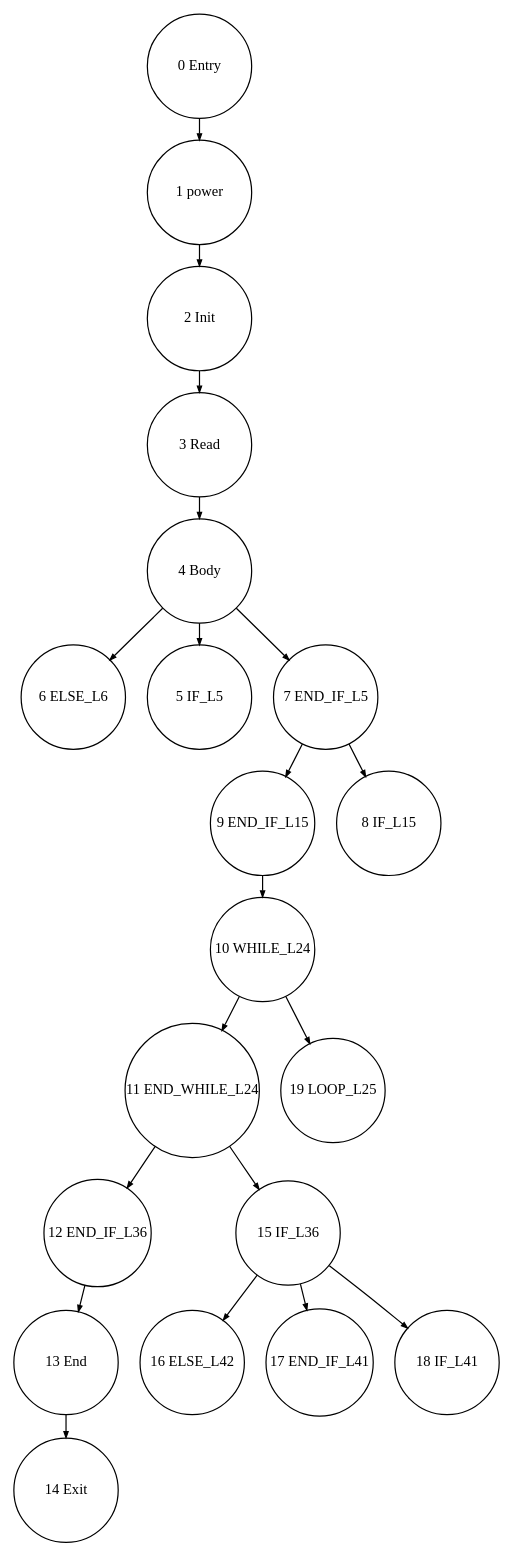
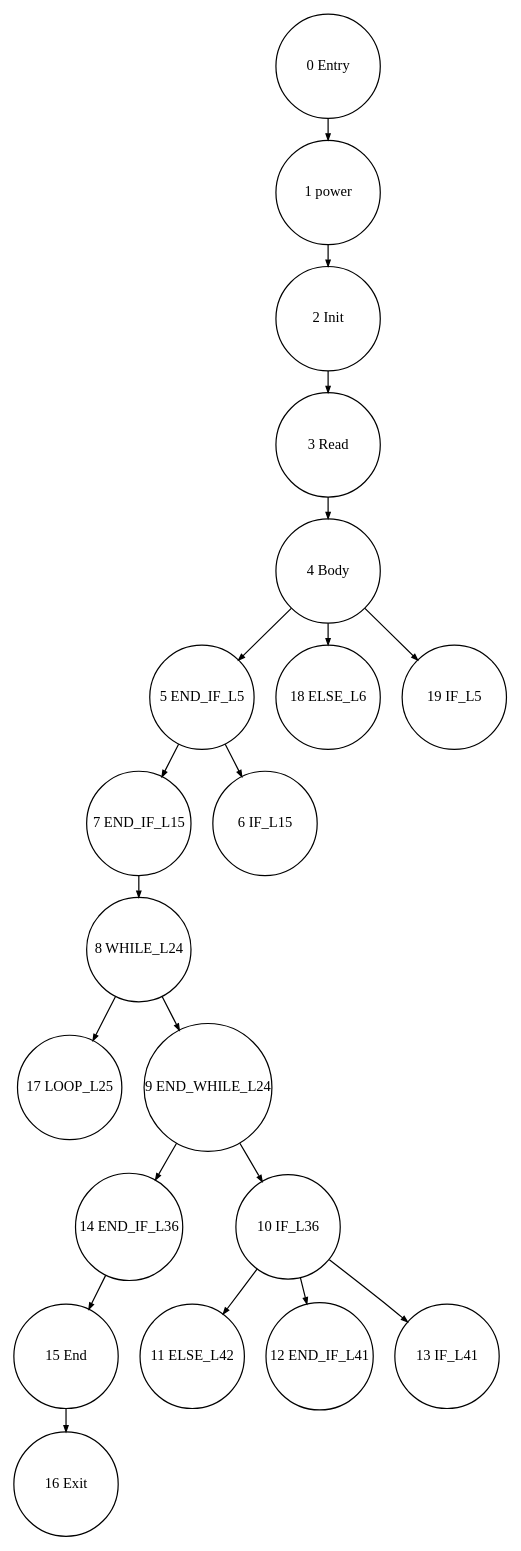
One commit to Geoffrey1014/ST_DSE changed the diagram in tests_programs/paper1_tests/power_output/Graph_DomTree_0.dot. Above: the diagram before and after it, drawn with Graphviz. The commit also changed 181 other files, not shown here.

```diff
--- a/tests_programs/paper1_tests/power_output/Graph_DomTree_0.dot
+++ b/tests_programs/paper1_tests/power_output/Graph_DomTree_0.dot
@@ -1,26 +1,26 @@
 digraph G {
   ranksep=.25;
   edge [arrowsize=.5]
   node [shape=circle, fontname="ArialNarrow",
         fontsize=12,  height=1.2];
-  "6 ELSE_L6"; "16 ELSE_L42"; "10 WHILE_L24"; "11 END_WHILE_L24"; "12 END_IF_L36"; "5 IF_L5"; "9 END_IF_L15"; "3 Read"; "7 END_IF_L5"; "2 Init"; "0 Entry"; "15 IF_L36"; "8 IF_L15"; "17 END_IF_L41"; "13 End"; "1 power"; "19 LOOP_L25"; "4 Body"; "14 Exit"; "18 IF_L41"; 
-  "10 WHILE_L24" -> "11 END_WHILE_L24";
-  "10 WHILE_L24" -> "19 LOOP_L25";
-  "11 END_WHILE_L24" -> "12 END_IF_L36";
-  "11 END_WHILE_L24" -> "15 IF_L36";
-  "12 END_IF_L36" -> "13 End";
-  "9 END_IF_L15" -> "10 WHILE_L24";
+  "5 END_IF_L5"; "16 Exit"; "8 WHILE_L24"; "0 Entry"; "7 END_IF_L15"; "2 Init"; "6 IF_L15"; "15 End"; "18 ELSE_L6"; "11 ELSE_L42"; "17 LOOP_L25"; "19 IF_L5"; "12 END_IF_L41"; "4 Body"; "13 IF_L41"; "14 END_IF_L36"; "3 Read"; "1 power"; "9 END_WHILE_L24"; "10 IF_L36"; 
+  "8 WHILE_L24" -> "9 END_WHILE_L24";
+  "8 WHILE_L24" -> "17 LOOP_L25";
+  "9 END_WHILE_L24" -> "10 IF_L36";
+  "9 END_WHILE_L24" -> "14 END_IF_L36";
+  "14 END_IF_L36" -> "15 End";
+  "7 END_IF_L15" -> "8 WHILE_L24";
   "3 Read" -> "4 Body";
-  "7 END_IF_L5" -> "8 IF_L15";
-  "7 END_IF_L5" -> "9 END_IF_L15";
+  "5 END_IF_L5" -> "6 IF_L15";
+  "5 END_IF_L5" -> "7 END_IF_L15";
+  "0 Entry" -> "1 power";
   "2 Init" -> "3 Read";
-  "0 Entry" -> "1 power";
-  "15 IF_L36" -> "16 ELSE_L42";
-  "15 IF_L36" -> "17 END_IF_L41";
-  "15 IF_L36" -> "18 IF_L41";
-  "13 End" -> "14 Exit";
+  "10 IF_L36" -> "11 ELSE_L42";
+  "10 IF_L36" -> "12 END_IF_L41";
+  "10 IF_L36" -> "13 IF_L41";
+  "15 End" -> "16 Exit";
   "1 power" -> "2 Init";
-  "4 Body" -> "5 IF_L5";
-  "4 Body" -> "6 ELSE_L6";
-  "4 Body" -> "7 END_IF_L5";
+  "4 Body" -> "5 END_IF_L5";
+  "4 Body" -> "18 ELSE_L6";
+  "4 Body" -> "19 IF_L5";
 }
```
